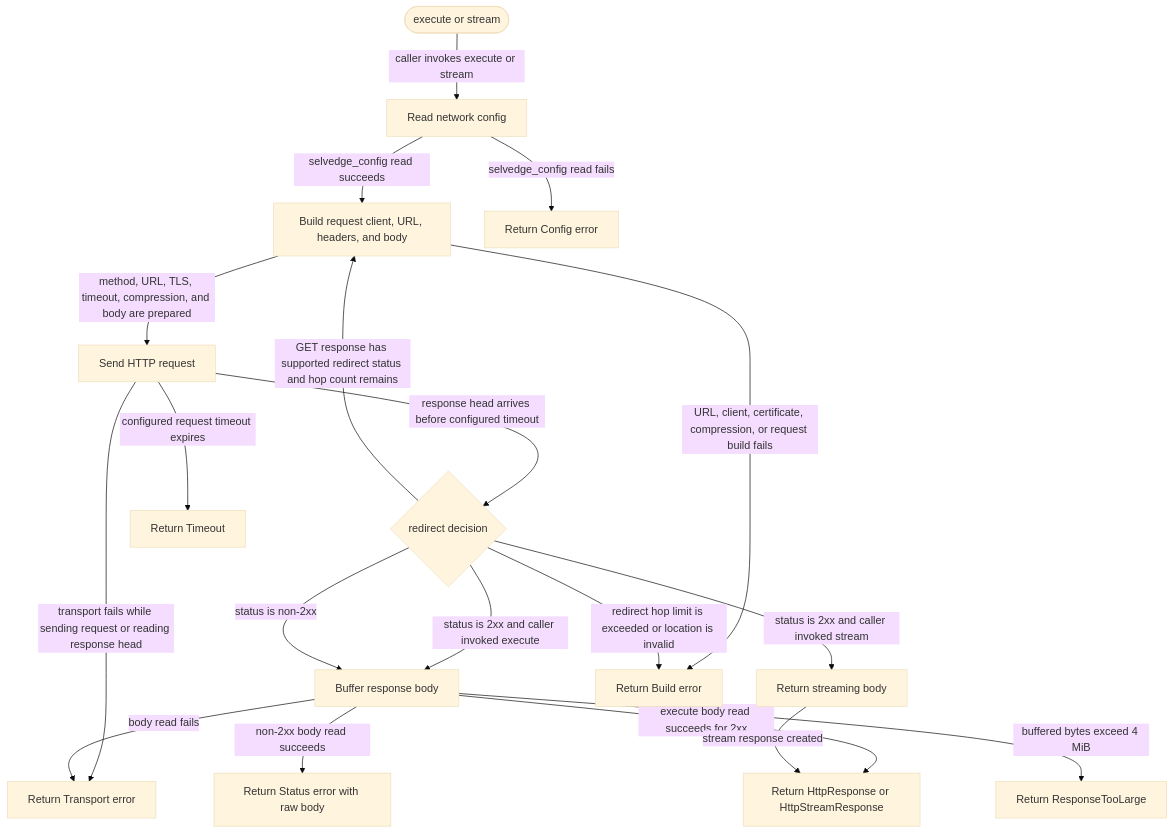
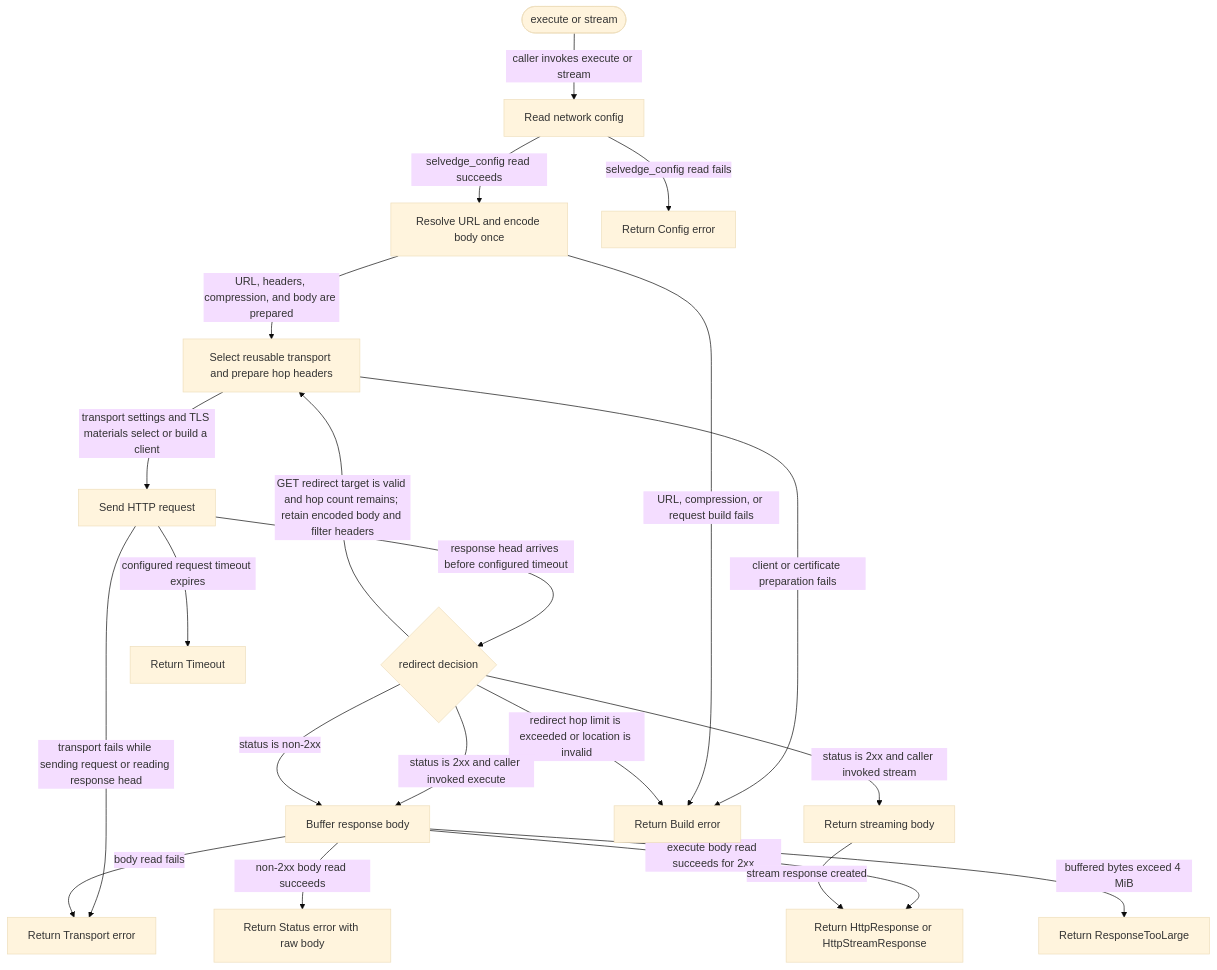
The diagram in crates/client/README.md (JiaJunDeng5930/Selvedge), drawn with Mermaid (base theme) before and after one commit. The commit also changed other lines of this file and 142 other files, not shown here.

````diff
--- a/crates/client/README.md
+++ b/crates/client/README.md
@@ -86,36 +90,39 @@
 ```mermaid
 flowchart TD
   Start([execute or stream])
   ReadConfig[Read network config]
-  Prepare[Build request client, URL, headers, and body]
+  Prepare[Resolve URL and encode body once]
+  Transport[Select reusable transport and prepare hop headers]
   Send[Send HTTP request]
   Redirect{redirect decision}
   Buffer[Buffer response body]
   OpenBody[Return streaming body]
   Success[Return HttpResponse or HttpStreamResponse]
   ConfigError[Return Config error]
   BuildError[Return Build error]
   TransportError[Return Transport error]
   StatusError[Return Status error with raw body]
   TimeoutError[Return Timeout]
   TooLarge[Return ResponseTooLarge]
 
   Start -->|caller invokes execute or stream| ReadConfig
   ReadConfig -->|selvedge_config read succeeds| Prepare
   ReadConfig -->|selvedge_config read fails| ConfigError
-  Prepare -->|method, URL, TLS, timeout, compression, and body are prepared| Send
-  Prepare -->|URL, client, certificate, compression, or request build fails| BuildError
+  Prepare -->|URL, headers, compression, and body are prepared| Transport
+  Transport -->|transport settings and TLS materials select or build a client| Send
+  Transport -->|client or certificate preparation fails| BuildError
+  Prepare -->|URL, compression, or request build fails| BuildError
   Send -->|response head arrives before configured timeout| Redirect
   Send -->|transport fails while sending request or reading response head| TransportError
   Send -->|configured request timeout expires| TimeoutError
-  Redirect -->|GET response has supported redirect status and hop count remains| Prepare
+  Redirect -->|GET redirect target is valid and hop count remains; retain encoded body and filter headers| Transport
   Redirect -->|redirect hop limit is exceeded or location is invalid| BuildError
   Redirect -->|status is 2xx and caller invoked execute| Buffer
   Redirect -->|status is 2xx and caller invoked stream| OpenBody
   Redirect -->|status is non-2xx| Buffer
   Buffer -->|execute body read succeeds for 2xx| Success
   Buffer -->|non-2xx body read succeeds| StatusError
   Buffer -->|body read fails| TransportError
   Buffer -->|buffered bytes exceed 4 MiB| TooLarge
   OpenBody -->|stream response created| Success
 ```
````
